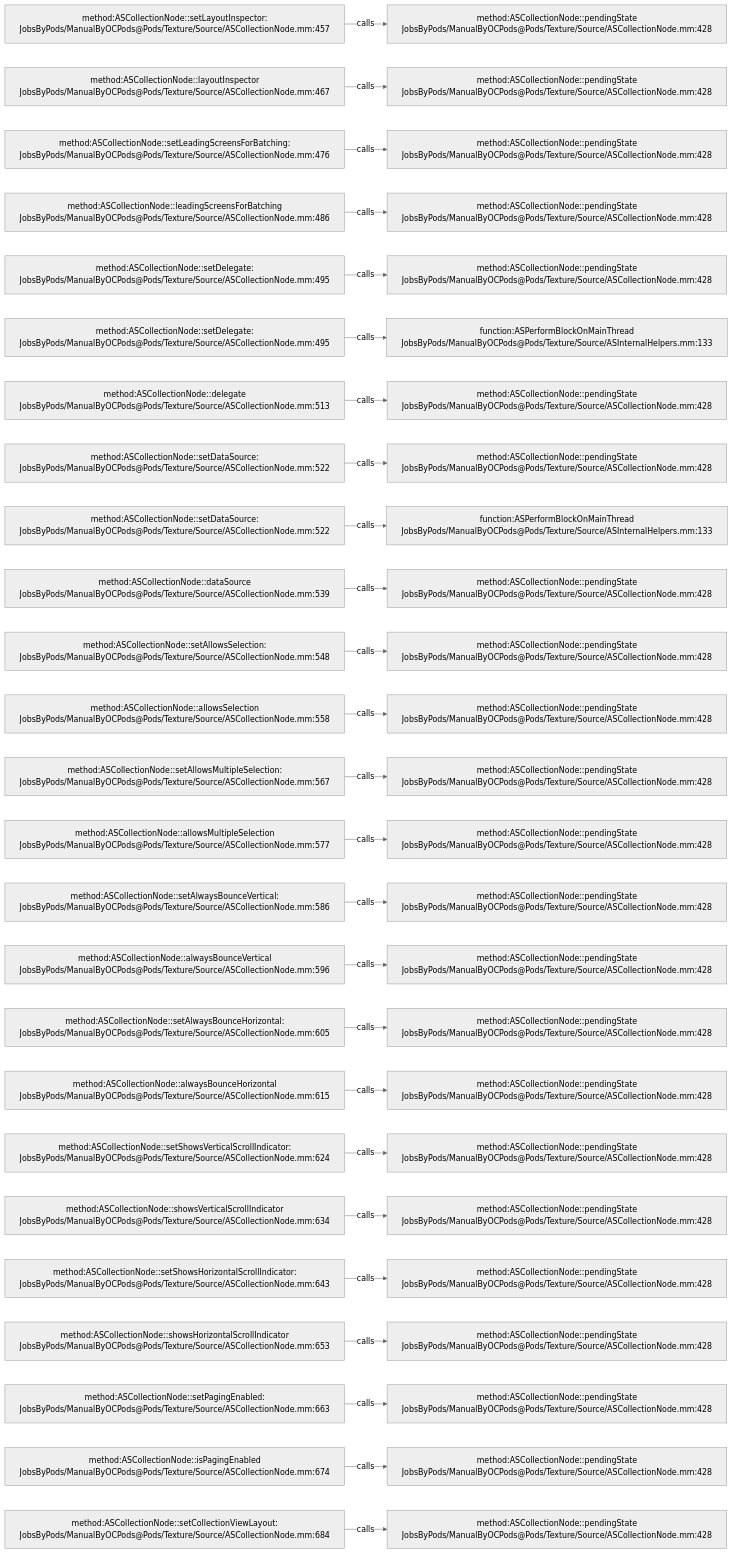
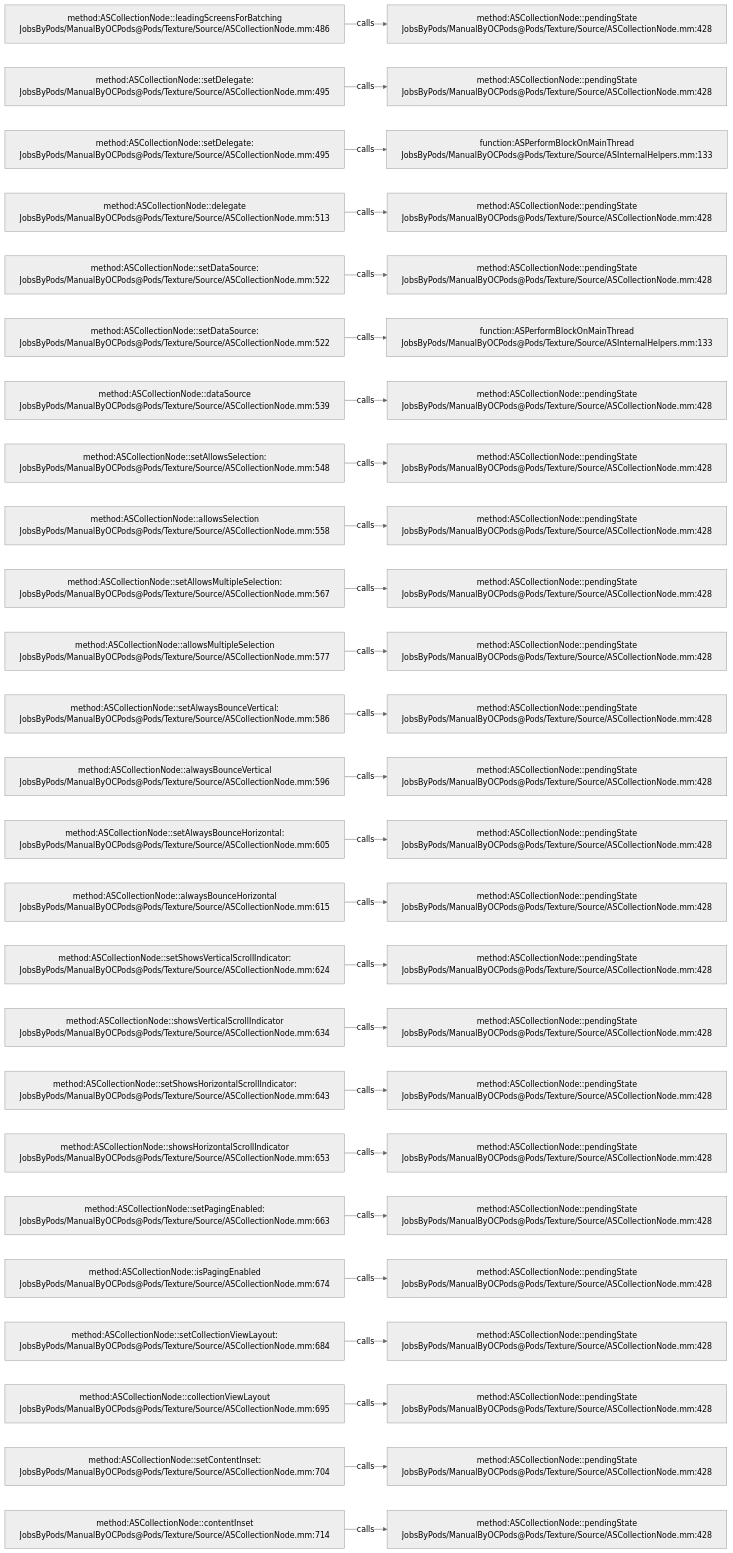
One commit to JobsKits/JobsOCBaseConfigDemo changed the diagram in .codegraph/codegraph.md/graphs/calls-079.md. Above: the diagram before and after it, drawn with Mermaid (neutral theme). The commit also changed 342 other files, not shown here.

````diff
--- a/.codegraph/codegraph.md/graphs/calls-079.md
+++ b/.codegraph/codegraph.md/graphs/calls-079.md
@@ -13,78 +13,78 @@
 ```mermaid
 flowchart LR
-  S1["method:ASCollectionNode::setLayoutInspector:<br/>JobsByPods/ManualByOCPods@Pods/Texture/Source/ASCollectionNode.mm:457"]
+  S1["method:ASCollectionNode::leadingScreensForBatching<br/>JobsByPods/ManualByOCPods@Pods/Texture/Source/ASCollectionNode.mm:486"]
   T1["method:ASCollectionNode::pendingState<br/>JobsByPods/ManualByOCPods@Pods/Texture/Source/ASCollectionNode.mm:428"]
   S1 -->|calls| T1
-  S2["method:ASCollectionNode::layoutInspector<br/>JobsByPods/ManualByOCPods@Pods/Texture/Source/ASCollectionNode.mm:467"]
+  S2["method:ASCollectionNode::setDelegate:<br/>JobsByPods/ManualByOCPods@Pods/Texture/Source/ASCollectionNode.mm:495"]
   T2["method:ASCollectionNode::pendingState<br/>JobsByPods/ManualByOCPods@Pods/Texture/Source/ASCollectionNode.mm:428"]
   S2 -->|calls| T2
-  S3["method:ASCollectionNode::setLeadingScreensForBatching:<br/>JobsByPods/ManualByOCPods@Pods/Texture/Source/ASCollectionNode.mm:476"]
-  T3["method:ASCollectionNode::pendingState<br/>JobsByPods/ManualByOCPods@Pods/Texture/Source/ASCollectionNode.mm:428"]
+  S3["method:ASCollectionNode::setDelegate:<br/>JobsByPods/ManualByOCPods@Pods/Texture/Source/ASCollectionNode.mm:495"]
+  T3["function:ASPerformBlockOnMainThread<br/>JobsByPods/ManualByOCPods@Pods/Texture/Source/ASInternalHelpers.mm:133"]
   S3 -->|calls| T3
-  S4["method:ASCollectionNode::leadingScreensForBatching<br/>JobsByPods/ManualByOCPods@Pods/Texture/Source/ASCollectionNode.mm:486"]
+  S4["method:ASCollectionNode::delegate<br/>JobsByPods/ManualByOCPods@Pods/Texture/Source/ASCollectionNode.mm:513"]
   T4["method:ASCollectionNode::pendingState<br/>JobsByPods/ManualByOCPods@Pods/Texture/Source/ASCollectionNode.mm:428"]
   S4 -->|calls| T4
-  S5["method:ASCollectionNode::setDelegate:<br/>JobsByPods/ManualByOCPods@Pods/Texture/Source/ASCollectionNode.mm:495"]
+  S5["method:ASCollectionNode::setDataSource:<br/>JobsByPods/ManualByOCPods@Pods/Texture/Source/ASCollectionNode.mm:522"]
   T5["method:ASCollectionNode::pendingState<br/>JobsByPods/ManualByOCPods@Pods/Texture/Source/ASCollectionNode.mm:428"]
   S5 -->|calls| T5
-  S6["method:ASCollectionNode::setDelegate:<br/>JobsByPods/ManualByOCPods@Pods/Texture/Source/ASCollectionNode.mm:495"]
+  S6["method:ASCollectionNode::setDataSource:<br/>JobsByPods/ManualByOCPods@Pods/Texture/Source/ASCollectionNode.mm:522"]
   T6["function:ASPerformBlockOnMainThread<br/>JobsByPods/ManualByOCPods@Pods/Texture/Source/ASInternalHelpers.mm:133"]
   S6 -->|calls| T6
-  S7["method:ASCollectionNode::delegate<br/>JobsByPods/ManualByOCPods@Pods/Texture/Source/ASCollectionNode.mm:513"]
+  S7["method:ASCollectionNode::dataSource<br/>JobsByPods/ManualByOCPods@Pods/Texture/Source/ASCollectionNode.mm:539"]
   T7["method:ASCollectionNode::pendingState<br/>JobsByPods/ManualByOCPods@Pods/Texture/Source/ASCollectionNode.mm:428"]
   S7 -->|calls| T7
-  S8["method:ASCollectionNode::setDataSource:<br/>JobsByPods/ManualByOCPods@Pods/Texture/Source/ASCollectionNode.mm:522"]
+  S8["method:ASCollectionNode::setAllowsSelection:<br/>JobsByPods/ManualByOCPods@Pods/Texture/Source/ASCollectionNode.mm:548"]
   T8["method:ASCollectionNode::pendingState<br/>JobsByPods/ManualByOCPods@Pods/Texture/Source/ASCollectionNode.mm:428"]
   S8 -->|calls| T8
-  S9["method:ASCollectionNode::setDataSource:<br/>JobsByPods/ManualByOCPods@Pods/Texture/Source/ASCollectionNode.mm:522"]
-  T9["function:ASPerformBlockOnMainThread<br/>JobsByPods/ManualByOCPods@Pods/Texture/Source/ASInternalHelpers.mm:133"]
+  S9["method:ASCollectionNode::allowsSelection<br/>JobsByPods/ManualByOCPods@Pods/Texture/Source/ASCollectionNode.mm:558"]
+  T9["method:ASCollectionNode::pendingState<br/>JobsByPods/ManualByOCPods@Pods/Texture/Source/ASCollectionNode.mm:428"]
   S9 -->|calls| T9
-  S10["method:ASCollectionNode::dataSource<br/>JobsByPods/ManualByOCPods@Pods/Texture/Source/ASCollectionNode.mm:539"]
+  S10["method:ASCollectionNode::setAllowsMultipleSelection:<br/>JobsByPods/ManualByOCPods@Pods/Texture/Source/ASCollectionNode.mm:567"]
   T10["method:ASCollectionNode::pendingState<br/>JobsByPods/ManualByOCPods@Pods/Texture/Source/ASCollectionNode.mm:428"]
   S10 -->|calls| T10
-  S11["method:ASCollectionNode::setAllowsSelection:<br/>JobsByPods/ManualByOCPods@Pods/Texture/Source/ASCollectionNode.mm:548"]
+  S11["method:ASCollectionNode::allowsMultipleSelection<br/>JobsByPods/ManualByOCPods@Pods/Texture/Source/ASCollectionNode.mm:577"]
   T11["method:ASCollectionNode::pendingState<br/>JobsByPods/ManualByOCPods@Pods/Texture/Source/ASCollectionNode.mm:428"]
   S11 -->|calls| T11
-  S12["method:ASCollectionNode::allowsSelection<br/>JobsByPods/ManualByOCPods@Pods/Texture/Source/ASCollectionNode.mm:558"]
+  S12["method:ASCollectionNode::setAlwaysBounceVertical:<br/>JobsByPods/ManualByOCPods@Pods/Texture/Source/ASCollectionNode.mm:586"]
   T12["method:ASCollectionNode::pendingState<br/>JobsByPods/ManualByOCPods@Pods/Texture/Source/ASCollectionNode.mm:428"]
   S12 -->|calls| T12
-  S13["method:ASCollectionNode::setAllowsMultipleSelection:<br/>JobsByPods/ManualByOCPods@Pods/Texture/Source/ASCollectionNode.mm:567"]
+  S13["method:ASCollectionNode::alwaysBounceVertical<br/>JobsByPods/ManualByOCPods@Pods/Texture/Source/ASCollectionNode.mm:596"]
   T13["method:ASCollectionNode::pendingState<br/>JobsByPods/ManualByOCPods@Pods/Texture/Source/ASCollectionNode.mm:428"]
   S13 -->|calls| T13
-  S14["method:ASCollectionNode::allowsMultipleSelection<br/>JobsByPods/ManualByOCPods@Pods/Texture/Source/ASCollectionNode.mm:577"]
+  S14["method:ASCollectionNode::setAlwaysBounceHorizontal:<br/>JobsByPods/ManualByOCPods@Pods/Texture/Source/ASCollectionNode.mm:605"]
   T14["method:ASCollectionNode::pendingState<br/>JobsByPods/ManualByOCPods@Pods/Texture/Source/ASCollectionNode.mm:428"]
   S14 -->|calls| T14
-  S15["method:ASCollectionNode::setAlwaysBounceVertical:<br/>JobsByPods/ManualByOCPods@Pods/Texture/Source/ASCollectionNode.mm:586"]
+  S15["method:ASCollectionNode::alwaysBounceHorizontal<br/>JobsByPods/ManualByOCPods@Pods/Texture/Source/ASCollectionNode.mm:615"]
   T15["method:ASCollectionNode::pendingState<br/>JobsByPods/ManualByOCPods@Pods/Texture/Source/ASCollectionNode.mm:428"]
   S15 -->|calls| T15
-  S16["method:ASCollectionNode::alwaysBounceVertical<br/>JobsByPods/ManualByOCPods@Pods/Texture/Source/ASCollectionNode.mm:596"]
+  S16["method:ASCollectionNode::setShowsVerticalScrollIndicator:<br/>JobsByPods/ManualByOCPods@Pods/Texture/Source/ASCollectionNode.mm:624"]
   T16["method:ASCollectionNode::pendingState<br/>JobsByPods/ManualByOCPods@Pods/Texture/Source/ASCollectionNode.mm:428"]
   S16 -->|calls| T16
-  S17["method:ASCollectionNode::setAlwaysBounceHorizontal:<br/>JobsByPods/ManualByOCPods@Pods/Texture/Source/ASCollectionNode.mm:605"]
+  S17["method:ASCollectionNode::showsVerticalScrollIndicator<br/>JobsByPods/ManualByOCPods@Pods/Texture/Source/ASCollectionNode.mm:634"]
   T17["method:ASCollectionNode::pendingState<br/>JobsByPods/ManualByOCPods@Pods/Texture/Source/ASCollectionNode.mm:428"]
   S17 -->|calls| T17
-  S18["method:ASCollectionNode::alwaysBounceHorizontal<br/>JobsByPods/ManualByOCPods@Pods/Texture/Source/ASCollectionNode.mm:615"]
+  S18["method:ASCollectionNode::setShowsHorizontalScrollIndicator:<br/>JobsByPods/ManualByOCPods@Pods/Texture/Source/ASCollectionNode.mm:643"]
   T18["method:ASCollectionNode::pendingState<br/>JobsByPods/ManualByOCPods@Pods/Texture/Source/ASCollectionNode.mm:428"]
   S18 -->|calls| T18
-  S19["method:ASCollectionNode::setShowsVerticalScrollIndicator:<br/>JobsByPods/ManualByOCPods@Pods/Texture/Source/ASCollectionNode.mm:624"]
+  S19["method:ASCollectionNode::showsHorizontalScrollIndicator<br/>JobsByPods/ManualByOCPods@Pods/Texture/Source/ASCollectionNode.mm:653"]
   T19["method:ASCollectionNode::pendingState<br/>JobsByPods/ManualByOCPods@Pods/Texture/Source/ASCollectionNode.mm:428"]
   S19 -->|calls| T19
-  S20["method:ASCollectionNode::showsVerticalScrollIndicator<br/>JobsByPods/ManualByOCPods@Pods/Texture/Source/ASCollectionNode.mm:634"]
+  S20["method:ASCollectionNode::setPagingEnabled:<br/>JobsByPods/ManualByOCPods@Pods/Texture/Source/ASCollectionNode.mm:663"]
   T20["method:ASCollectionNode::pendingState<br/>JobsByPods/ManualByOCPods@Pods/Texture/Source/ASCollectionNode.mm:428"]
   S20 -->|calls| T20
-  S21["method:ASCollectionNode::setShowsHorizontalScrollIndicator:<br/>JobsByPods/ManualByOCPods@Pods/Texture/Source/ASCollectionNode.mm:643"]
+  S21["method:ASCollectionNode::isPagingEnabled<br/>JobsByPods/ManualByOCPods@Pods/Texture/Source/ASCollectionNode.mm:674"]
   T21["method:ASCollectionNode::pendingState<br/>JobsByPods/ManualByOCPods@Pods/Texture/Source/ASCollectionNode.mm:428"]
   S21 -->|calls| T21
-  S22["method:ASCollectionNode::showsHorizontalScrollIndicator<br/>JobsByPods/ManualByOCPods@Pods/Texture/Source/ASCollectionNode.mm:653"]
+  S22["method:ASCollectionNode::setCollectionViewLayout:<br/>JobsByPods/ManualByOCPods@Pods/Texture/Source/ASCollectionNode.mm:684"]
   T22["method:ASCollectionNode::pendingState<br/>JobsByPods/ManualByOCPods@Pods/Texture/Source/ASCollectionNode.mm:428"]
   S22 -->|calls| T22
-  S23["method:ASCollectionNode::setPagingEnabled:<br/>JobsByPods/ManualByOCPods@Pods/Texture/Source/ASCollectionNode.mm:663"]
+  S23["method:ASCollectionNode::collectionViewLayout<br/>JobsByPods/ManualByOCPods@Pods/Texture/Source/ASCollectionNode.mm:695"]
   T23["method:ASCollectionNode::pendingState<br/>JobsByPods/ManualByOCPods@Pods/Texture/Source/ASCollectionNode.mm:428"]
   S23 -->|calls| T23
-  S24["method:ASCollectionNode::isPagingEnabled<br/>JobsByPods/ManualByOCPods@Pods/Texture/Source/ASCollectionNode.mm:674"]
+  S24["method:ASCollectionNode::setContentInset:<br/>JobsByPods/ManualByOCPods@Pods/Texture/Source/ASCollectionNode.mm:704"]
   T24["method:ASCollectionNode::pendingState<br/>JobsByPods/ManualByOCPods@Pods/Texture/Source/ASCollectionNode.mm:428"]
   S24 -->|calls| T24
-  S25["method:ASCollectionNode::setCollectionViewLayout:<br/>JobsByPods/ManualByOCPods@Pods/Texture/Source/ASCollectionNode.mm:684"]
+  S25["method:ASCollectionNode::contentInset<br/>JobsByPods/ManualByOCPods@Pods/Texture/Source/ASCollectionNode.mm:714"]
   T25["method:ASCollectionNode::pendingState<br/>JobsByPods/ManualByOCPods@Pods/Texture/Source/ASCollectionNode.mm:428"]
   S25 -->|calls| T25
 ```
````
